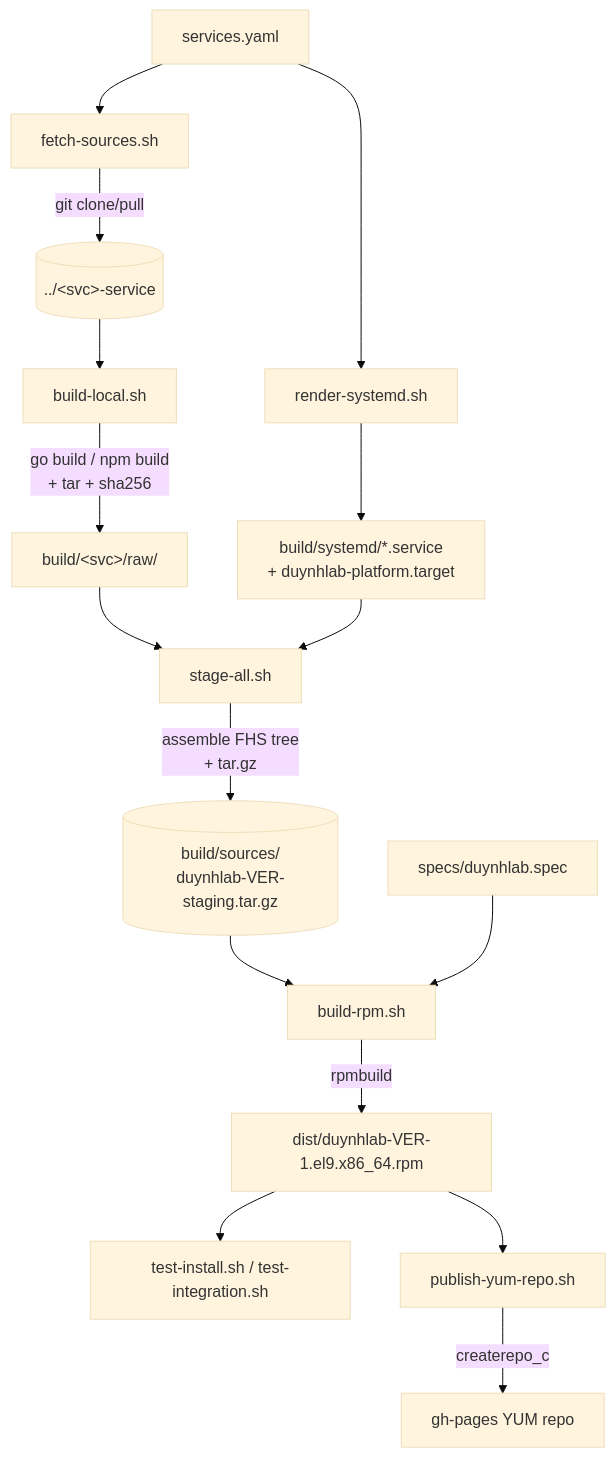
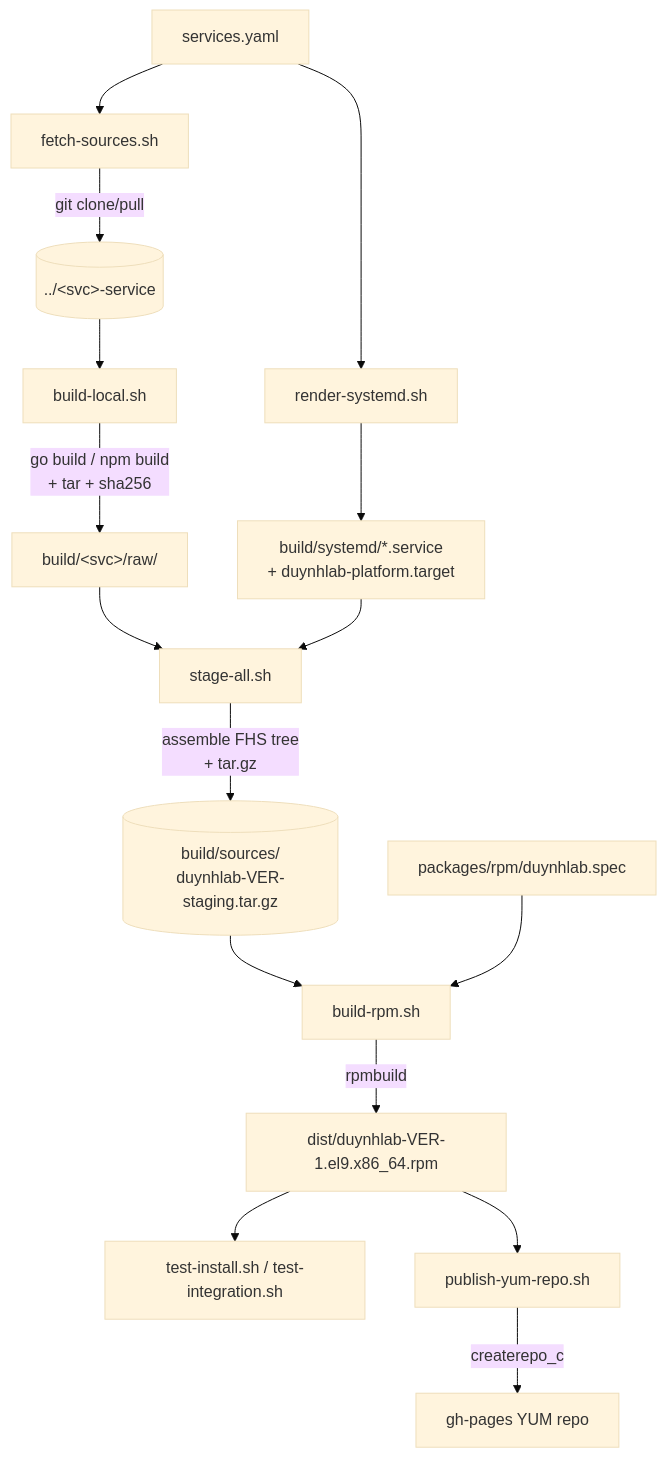
One commit to duynhlab/packages changed the first of 2 diagrams in docs/004-build.md. Above: the diagram before and after it, drawn with Mermaid (base theme). The commit also changed other lines of this file and 15 other files, not shown here.

First line of the commit message:
refactor: move spec into packages/rpm, valkey-only, document env layering

````diff
--- a/docs/004-build.md
+++ b/docs/004-build.md
@@ -11,18 +11,18 @@
 ```mermaid
 flowchart TD
   YML[services.yaml] --> FS[fetch-sources.sh]
   FS -->|git clone/pull| SRC[(../&lt;svc&gt;-service)]
   SRC --> BL[build-local.sh]
   BL -->|go build / npm build<br/>+ tar + sha256| RAW[build/&lt;svc&gt;/raw/]
   YML --> RS[render-systemd.sh]
   RS --> UNITS[build/systemd/*.service<br/>+ duynhlab-platform.target]
   RAW --> SA[stage-all.sh]
   UNITS --> SA
   SA -->|assemble FHS tree<br/>+ tar.gz| SRC0[(build/sources/<br/>duynhlab-VER-staging.tar.gz)]
   SRC0 --> BR[build-rpm.sh]
-  SPEC[specs/duynhlab.spec] --> BR
+  SPEC[packages/rpm/duynhlab.spec] --> BR
   BR -->|rpmbuild| RPM[dist/duynhlab-VER-1.el9.x86_64.rpm]
   RPM --> SM[test-install.sh / test-integration.sh]
   RPM --> PUB[publish-yum-repo.sh]
   PUB -->|createrepo_c| GH[gh-pages YUM repo]
 ```
````
